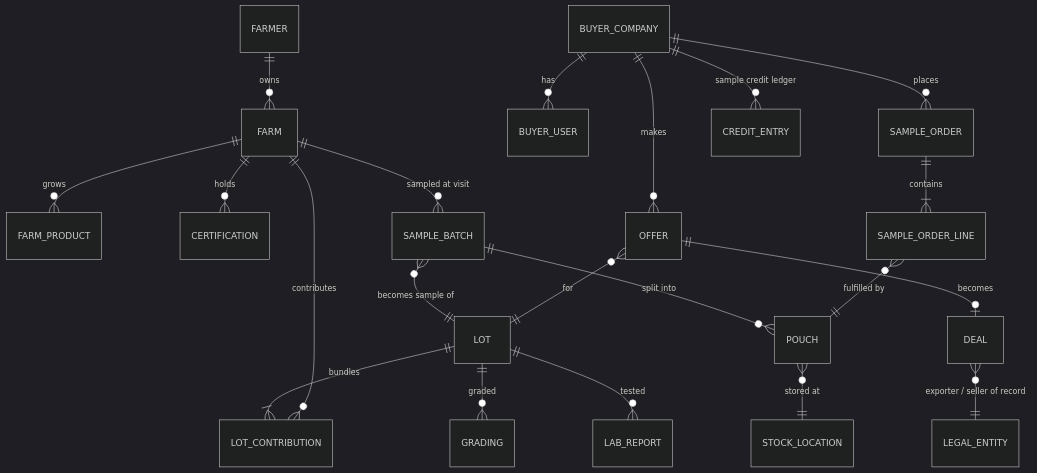
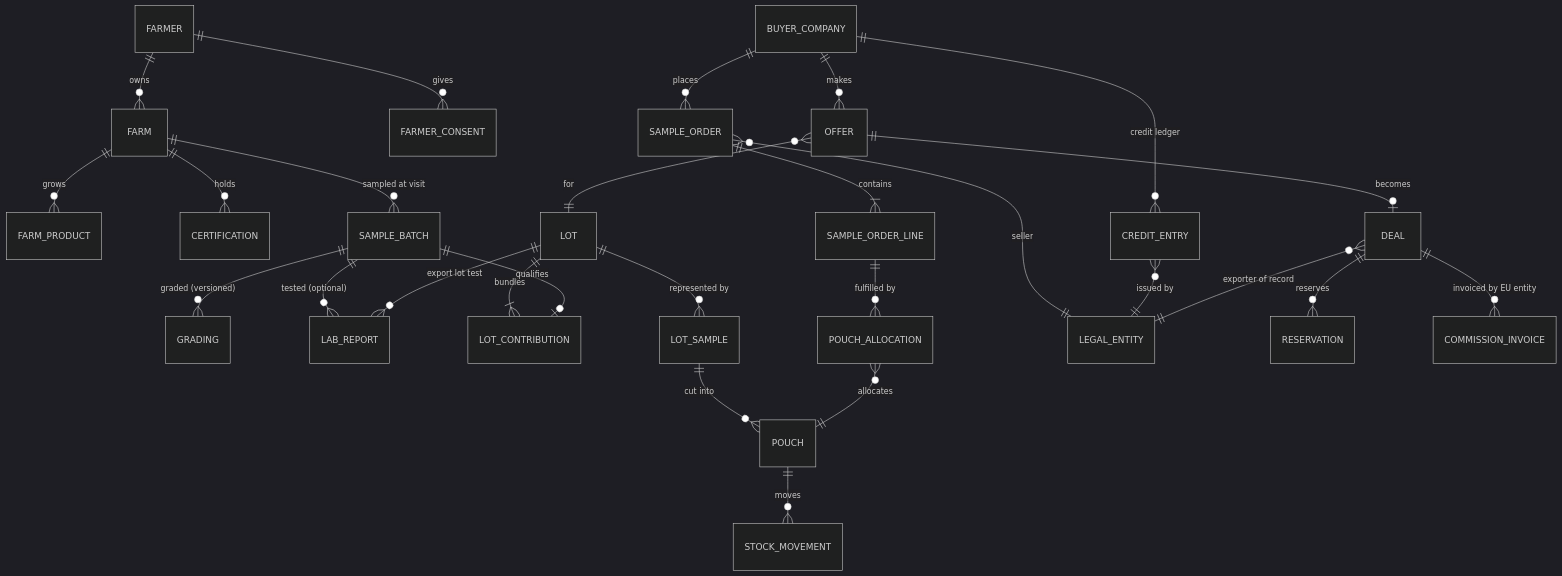
The second of 4 diagrams in docs/ARCHITECTURE.md (paulrijk/Farmersample), drawn with Mermaid (dark theme) before and after one commit. The commit also changed other lines of this file, not shown here.

Commit message:
Architecture v0.2 after review round 1

````diff
--- a/docs/ARCHITECTURE.md
+++ b/docs/ARCHITECTURE.md
@@ -168,23 +144,29 @@
 ```mermaid
 erDiagram
   FARMER ||--o{ FARM : owns
+  FARMER ||--o{ FARMER_CONSENT : gives
   FARM ||--o{ FARM_PRODUCT : grows
   FARM ||--o{ CERTIFICATION : holds
   FARM ||--o{ SAMPLE_BATCH : "sampled at visit"
-  LOT ||--|{ LOT_CONTRIBUTION : "bundles"
-  FARM ||--o{ LOT_CONTRIBUTION : contributes
-  LOT ||--o{ GRADING : graded
-  LOT ||--o{ LAB_REPORT : tested
-  SAMPLE_BATCH }o--|| LOT : "becomes sample of"
-  SAMPLE_BATCH ||--o{ POUCH : "split into"
-  POUCH }o--|| STOCK_LOCATION : "stored at"
-  BUYER_COMPANY ||--o{ BUYER_USER : has
+  SAMPLE_BATCH ||--o{ GRADING : "graded (versioned)"
+  SAMPLE_BATCH ||--o{ LAB_REPORT : "tested (optional)"
+  LOT ||--|{ LOT_CONTRIBUTION : bundles
+  SAMPLE_BATCH ||--o| LOT_CONTRIBUTION : "qualifies"
+  LOT ||--o{ LOT_SAMPLE : "represented by"
+  LOT_SAMPLE ||--o{ POUCH : "cut into"
+  LOT ||--o{ LAB_REPORT : "export lot test"
+  POUCH ||--o{ STOCK_MOVEMENT : moves
   BUYER_COMPANY ||--o{ SAMPLE_ORDER : places
   SAMPLE_ORDER ||--|{ SAMPLE_ORDER_LINE : contains
-  SAMPLE_ORDER_LINE }o--|| POUCH : "fulfilled by"
-  BUYER_COMPANY ||--o{ CREDIT_ENTRY : "sample credit ledger"
+  SAMPLE_ORDER_LINE ||--o{ POUCH_ALLOCATION : "fulfilled by"
+  POUCH_ALLOCATION }o--|| POUCH : allocates
+  SAMPLE_ORDER }o--|| LEGAL_ENTITY : "seller"
+  BUYER_COMPANY ||--o{ CREDIT_ENTRY : "credit ledger"
+  CREDIT_ENTRY }o--|| LEGAL_ENTITY : "issued by"
   BUYER_COMPANY ||--o{ OFFER : makes
-  OFFER }o--|| LOT : "for"
-  OFFER ||--o| DEAL : "becomes"
-  DEAL }o--|| LEGAL_ENTITY : "exporter / seller of record"
+  OFFER }o--|| LOT : for
+  OFFER ||--o| DEAL : becomes
+  DEAL ||--o{ RESERVATION : reserves
+  DEAL }o--|| LEGAL_ENTITY : "exporter of record"
+  DEAL ||--o{ COMMISSION_INVOICE : "invoiced by EU entity"
 ```
````
